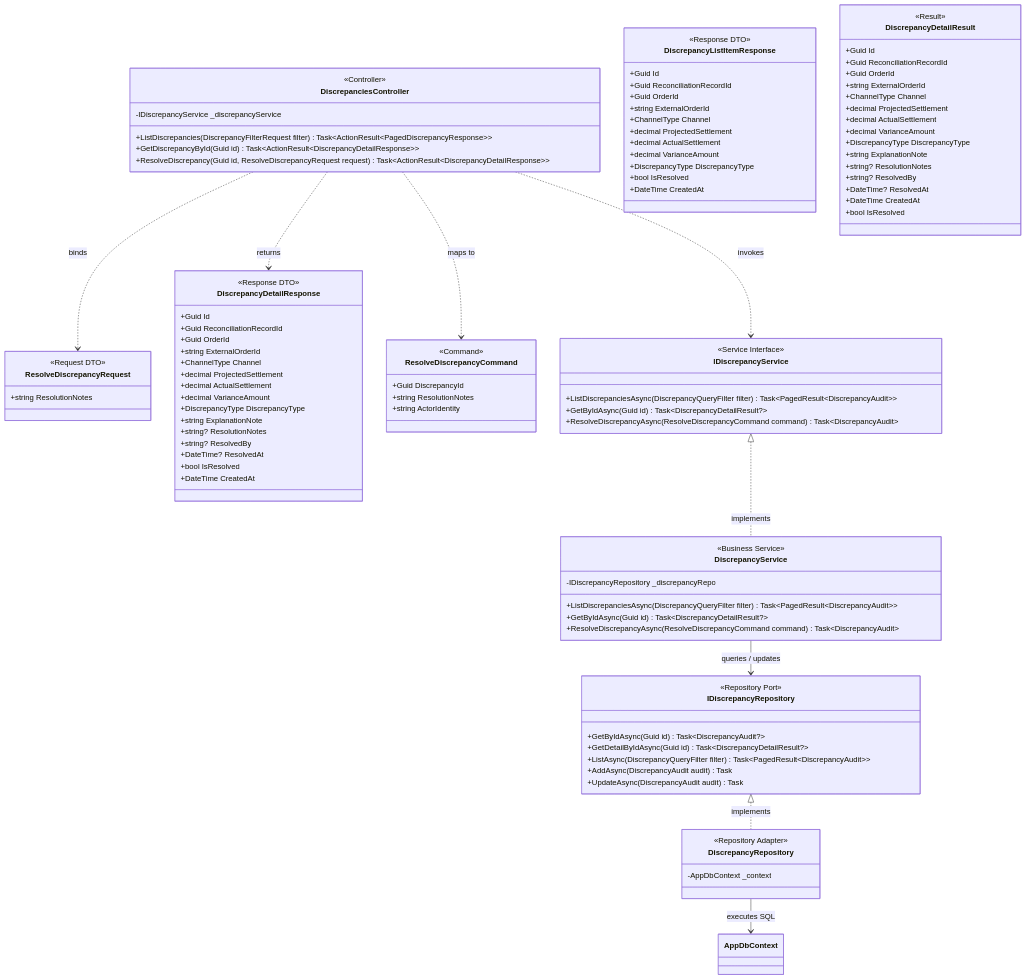
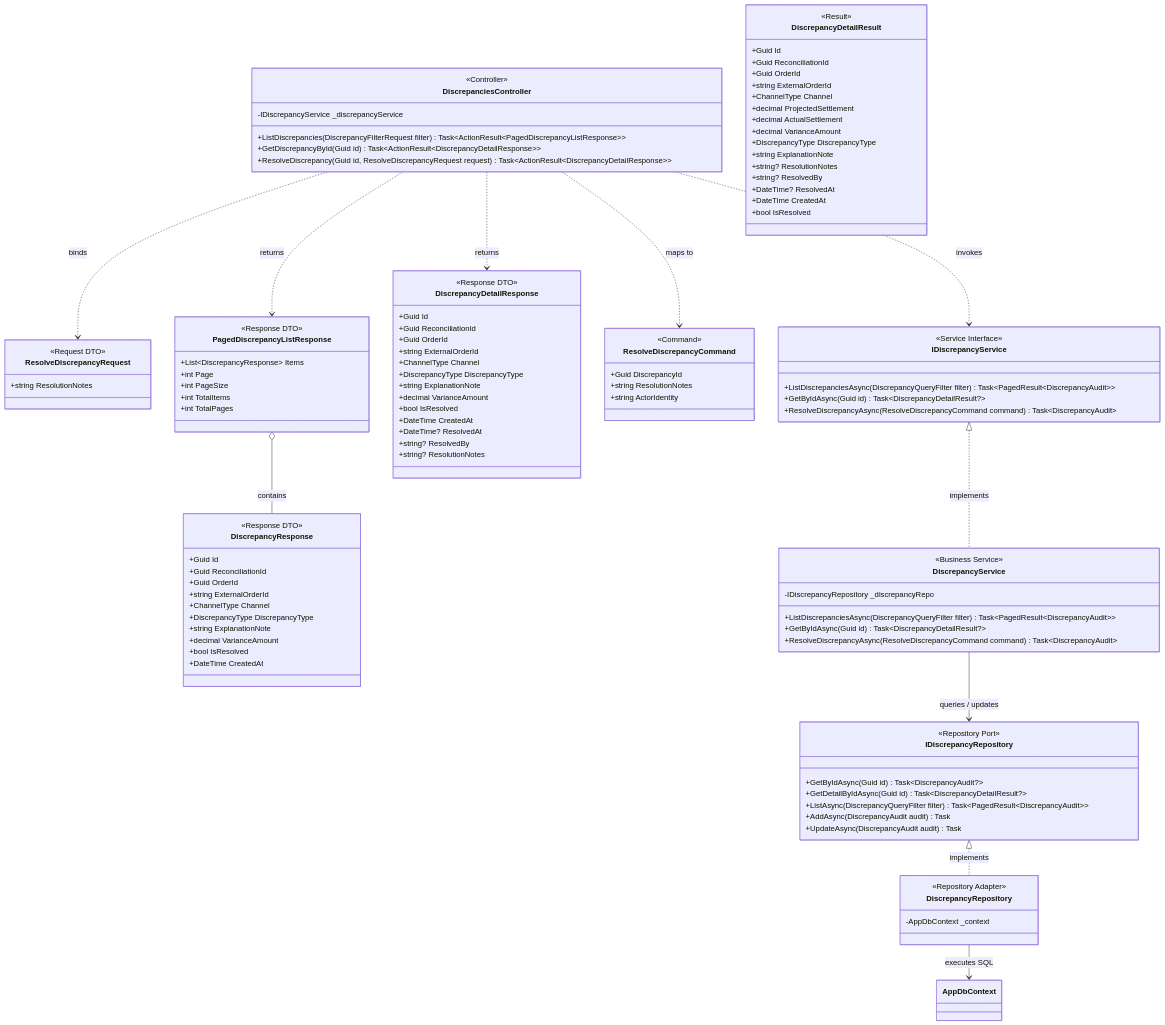
One commit to duchoa0405/Quanly_DoanhThu_LoiNhuan_DangDucHoa_VSF changed the second of 3 diagrams in docs/architecture/class_diagram_settlement_discrepancy_en.md. Above: the diagram before and after it, drawn with Mermaid. The commit also changed other lines of this file and 3 other files, not shown here.

Commit message:
docs(architecture): align discrepancy, fee snapshot, and analytics DTO naming with OpenAPI P06

```diff
--- a/docs/architecture/class_diagram_settlement_discrepancy_en.md
+++ b/docs/architecture/class_diagram_settlement_discrepancy_en.md
@@ -222,7 +223,7 @@
     class DiscrepanciesController {
         <<Controller>>
         -IDiscrepancyService _discrepancyService
-        +ListDiscrepancies(DiscrepancyFilterRequest filter) Task~ActionResult~PagedDiscrepancyResponse~~
+        +ListDiscrepancies(DiscrepancyFilterRequest filter) Task~ActionResult~PagedDiscrepancyListResponse~~
         +GetDiscrepancyById(Guid id) Task~ActionResult~DiscrepancyDetailResponse~~
         +ResolveDiscrepancy(Guid id, ResolveDiscrepancyRequest request) Task~ActionResult~DiscrepancyDetailResponse~~
     }
@@ -232,17 +233,25 @@
         +string ResolutionNotes
     }
 
-    class DiscrepancyListItemResponse {
+    class PagedDiscrepancyListResponse {
+        <<Response DTO>>
+        +List~DiscrepancyResponse~ Items
+        +int Page
+        +int PageSize
+        +int TotalItems
+        +int TotalPages
+    }
+
+    class DiscrepancyResponse {
         <<Response DTO>>
         +Guid Id
-        +Guid ReconciliationRecordId
+        +Guid ReconciliationId
         +Guid OrderId
         +string ExternalOrderId
         +ChannelType Channel
-        +decimal ProjectedSettlement
-        +decimal ActualSettlement
+        +DiscrepancyType DiscrepancyType
+        +string ExplanationNote
         +decimal VarianceAmount
-        +DiscrepancyType DiscrepancyType
         +bool IsResolved
         +DateTime CreatedAt
     }
@@ -250,20 +259,18 @@
     class DiscrepancyDetailResponse {
         <<Response DTO>>
         +Guid Id
-        +Guid ReconciliationRecordId
+        +Guid ReconciliationId
         +Guid OrderId
         +string ExternalOrderId
         +ChannelType Channel
-        +decimal ProjectedSettlement
-        +decimal ActualSettlement
-        +decimal VarianceAmount
         +DiscrepancyType DiscrepancyType
         +string ExplanationNote
-        +string? ResolutionNotes
-        +string? ResolvedBy
-        +DateTime? ResolvedAt
+        +decimal VarianceAmount
         +bool IsResolved
         +DateTime CreatedAt
+        +DateTime? ResolvedAt
+        +string? ResolvedBy
+        +string? ResolutionNotes
     }
 
     %% Application / Business Commands & Results
@@ -277,7 +284,7 @@
     class DiscrepancyDetailResult {
         <<Result>>
         +Guid Id
-        +Guid ReconciliationRecordId
+        +Guid ReconciliationId
         +Guid OrderId
         +string ExternalOrderId
         +ChannelType Channel
@@ -329,7 +336,9 @@
     DiscrepanciesController ..> IDiscrepancyService : invokes
     DiscrepanciesController ..> ResolveDiscrepancyRequest : binds
     DiscrepanciesController ..> ResolveDiscrepancyCommand : maps to
+    DiscrepanciesController ..> PagedDiscrepancyListResponse : returns
     DiscrepanciesController ..> DiscrepancyDetailResponse : returns
+    PagedDiscrepancyListResponse o-- DiscrepancyResponse : contains
 
     IDiscrepancyService <|.. DiscrepancyService : implements
     DiscrepancyService --> IDiscrepancyRepository : queries / updates
```
